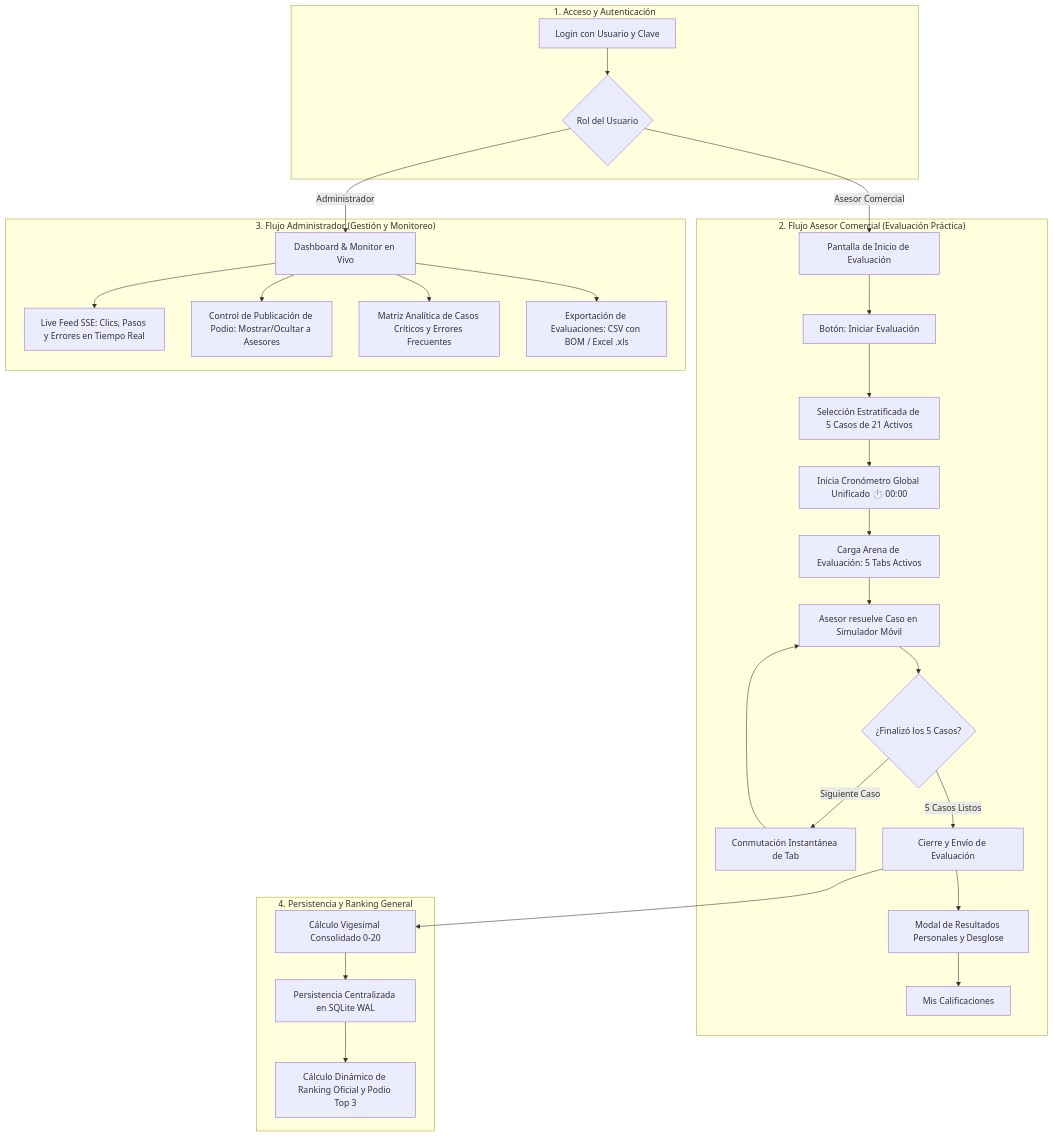
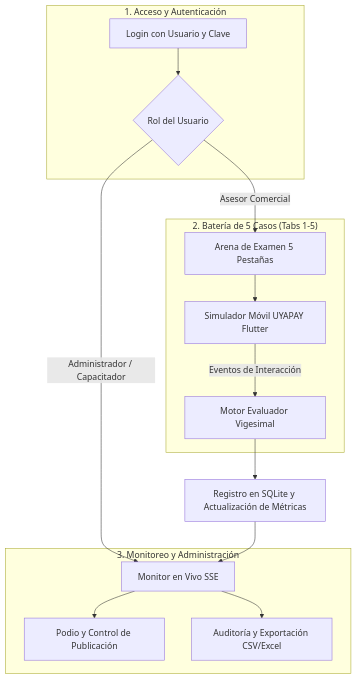
One commit to AlmendraVill/Capacitador-interactivo-UYAPAY changed the diagram in FLUJOS_DEL_SISTEMA.md. Above: the diagram before and after it, drawn with Mermaid. The commit also changed other lines of this file and 33 other files, not shown here.

````diff
--- a/FLUJOS_DEL_SISTEMA.md
+++ b/FLUJOS_DEL_SISTEMA.md
@@ -21,35 +21,18 @@
 ```mermaid
 flowchart TD
     subgraph Acceso["1. Acceso y Autenticación"]
         A[Login con Usuario y Clave] --> B{Rol del Usuario}
     end
-
-    subgraph Vista_Asesor["2. Flujo Asesor Comercial (Evaluación Práctica)"]
-        B -->|Asesor Comercial| C[Pantalla de Inicio de Evaluación]
-        C --> D[Botón: Iniciar Evaluación]
-        D --> E[Selección Estratificada de 5 Casos de 21 Activos]
-        E --> F[Inicia Cronómetro Global Unificado ⏱️ 00:00]
-        F --> G[Carga Arena de Evaluación: 5 Tabs Activos]
-        G --> H[Asesor resuelve Caso en Simulador Móvil]
-        H --> I{¿Finalizó los 5 Casos?}
-        I -->|Siguiente Caso| J[Conmutación Instantánea de Tab]
-        J --> H
-        I -->|5 Casos Listos| K[Cierre y Envío de Evaluación]
-        K --> L[Modal de Resultados Personales y Desglose]
-        L --> M[Mis Calificaciones]
+    subgraph Evaluacion["2. Batería de 5 Casos (Tabs 1-5)"]
+        B -- Asesor Comercial --> C[Arena de Examen 5 Pestañas]
+        C --> D[Simulador Móvil UYAPAY Flutter]
+        D -->|Eventos de Interacción| E[Motor Evaluador Vigesimal]
     end
-
-    subgraph Vista_Admin["3. Flujo Administrador (Gestión y Monitoreo)"]
-        B -->|Administrador| N[Dashboard & Monitor en Vivo]
-        N --> O[Live Feed SSE: Clics, Pasos y Errores en Tiempo Real]
-        N --> P[Control de Publicación de Podio: Mostrar/Ocultar a Asesores]
-        N --> Q[Matriz Analítica de Casos Críticos y Errores Frecuentes]
-        N --> R[Exportación de Evaluaciones: CSV con BOM / Excel .xls]
+    subgraph Supervision["3. Monitoreo y Administración"]
+        B -- Administrador / Capacitador --> F[Monitor en Vivo SSE]
+        F --> G[Podio y Control de Publicación]
+        F --> H[Auditoría y Exportación CSV/Excel]
     end
-
-    subgraph Consolidacion["4. Persistencia y Ranking General"]
-        K --> S[Cálculo Vigesimal Consolidado 0-20]
-        S --> T[Persistencia Centralizada en SQLite WAL]
-        T --> U[Cálculo Dinámico de Ranking Oficial y Podio Top 3]
-    end
+    E --> I[Registro en SQLite y Actualización de Métricas]
+    I --> F
 ```
````
